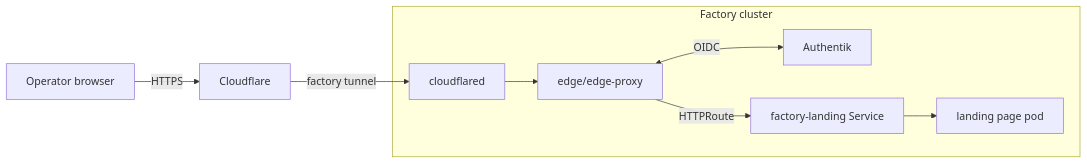
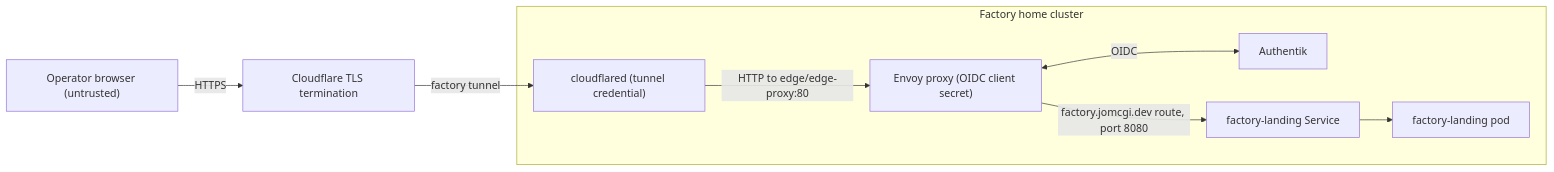
The first of 2 diagrams in projects/factory-cluster/ARCHITECTURE.md (jomcgi-org/homelab), drawn with Mermaid before and after one commit. The commit also changed other lines of this file and 2 other files, not shown here.

Commit message:
Trace the landing request through the two Gateway routes
HOME-267:goal:criterion-1: projects/factory-cluster/ARCHITECTURE.md:3 opens with the cluster summary and traces Cloudflare to the landing pod. The route manifests linked below the diagram specify both Service backends.

HOME-267:goal:criterion-4: projects/platform/ARCHITECTURE.md:11 in section 1 and docs/agents/reference.md:324 both link directly to projects/factory-cluster/ARCHITECTURE.md. Both relative paths resolve to that file.

Refs HOME-267

````diff
--- a/projects/factory-cluster/ARCHITECTURE.md
+++ b/projects/factory-cluster/ARCHITECTURE.md
@@ -5,11 +5,16 @@
 ```mermaid
 flowchart LR
-  Browser["Operator browser"] -->|HTTPS| CF[Cloudflare]
-  CF -->|factory tunnel| Tunnel[cloudflared]
-  subgraph Cluster["Factory cluster"]
-    Tunnel --> Envoy["edge/edge-proxy"]
-    Envoy <-->|OIDC| Auth["Authentik"]
-    Envoy -->|HTTPRoute| Service["factory-landing Service"]
-    Service --> Pod["landing page pod"]
+  Browser["Operator browser (untrusted)"] -->|HTTPS| CF["Cloudflare TLS termination"]
+  subgraph Cluster["Factory home cluster"]
+    Tunnel["cloudflared (tunnel credential)"]
+    Proxy["Envoy proxy (OIDC client secret)"]
+    Auth["Authentik"]
+    Service["factory-landing Service"]
+    Pod["factory-landing pod"]
   end
+  CF -->|factory tunnel| Tunnel
+  Tunnel -->|"HTTP to edge/edge-proxy:80"| Proxy
+  Proxy <-->|OIDC| Auth
+  Proxy -->|"factory.jomcgi.dev route, port 8080"| Service
+  Service --> Pod
 ```
````
